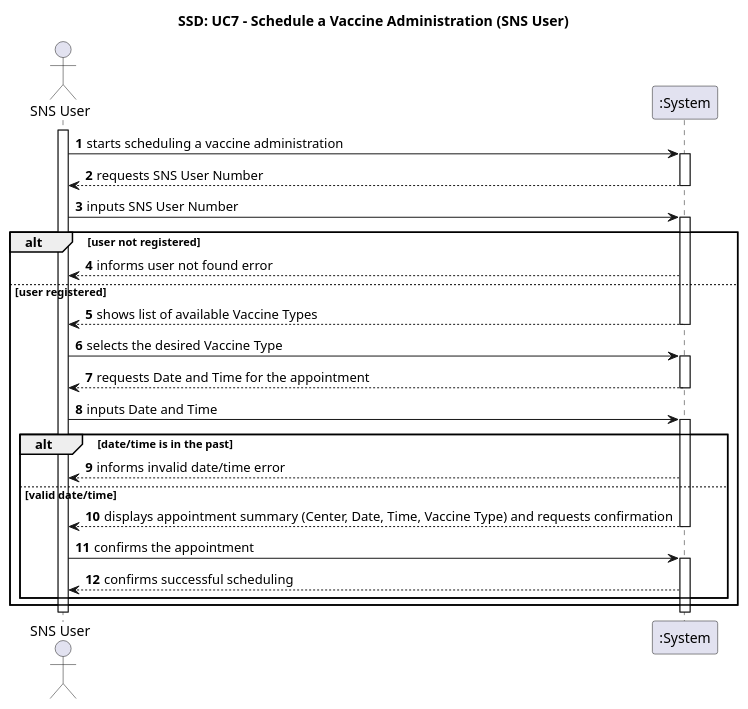
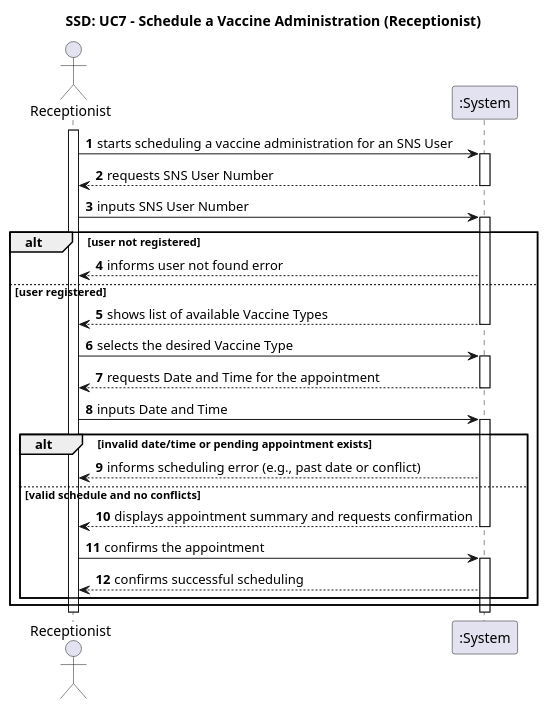
The diagram in Documentation/Use Cases/UC7/puml/UC7-SSD.puml (Andre-1240567/fsoft2026_1DD_1), drawn with PlantUML before and after one commit. The commit also changed 36 other files, not shown here.

```diff
--- a/Documentation/Use Cases/UC7/puml/UC7-SSD.puml
+++ b/Documentation/Use Cases/UC7/puml/UC7-SSD.puml
@@ -1,46 +1,46 @@
-@startuml SSD_ScheduleVaccine_SNSUser
-title SSD: UC7 - Schedule a Vaccine Administration (SNS User)
+@startuml SSD_ScheduleVaccine_Receptionist
+title SSD: UC7 - Schedule a Vaccine Administration (Receptionist)
 
-actor "SNS User" as User
+actor "Receptionist" as Rec
 participant ":System" as System
 
 autonumber
-activate User
+activate Rec
 
-User -> System: starts scheduling a vaccine administration
+Rec -> System: starts scheduling a vaccine administration for an SNS User
 activate System
-System --> User: requests SNS User Number
+System --> Rec: requests SNS User Number
 deactivate System
 
-User -> System: inputs SNS User Number
+Rec -> System: inputs SNS User Number
 activate System
 
 alt user not registered
-    System --> User: informs user not found error
+    System --> Rec: informs user not found error
 else user registered
-    System --> User: shows list of available Vaccine Types
+    System --> Rec: shows list of available Vaccine Types
     deactivate System
 
-    User -> System: selects the desired Vaccine Type
+    Rec -> System: selects the desired Vaccine Type
     activate System
-    System --> User: requests Date and Time for the appointment
+    System --> Rec: requests Date and Time for the appointment
     deactivate System
 
-    User -> System: inputs Date and Time
+    Rec -> System: inputs Date and Time
     activate System
 
-    alt date/time is in the past
-        System --> User: informs invalid date/time error
-    else valid date/time
-        System --> User: displays appointment summary (Center, Date, Time, Vaccine Type) and requests confirmation
+    alt invalid date/time or pending appointment exists
+        System --> Rec: informs scheduling error (e.g., past date or conflict)
+    else valid schedule and no conflicts
+        System --> Rec: displays appointment summary and requests confirmation
         deactivate System
 
-        User -> System: confirms the appointment
+        Rec -> System: confirms the appointment
         activate System
-        System --> User: confirms successful scheduling
+        System --> Rec: confirms successful scheduling
     end
 end
 
 deactivate System
-deactivate User
+deactivate Rec
 @enduml
```
